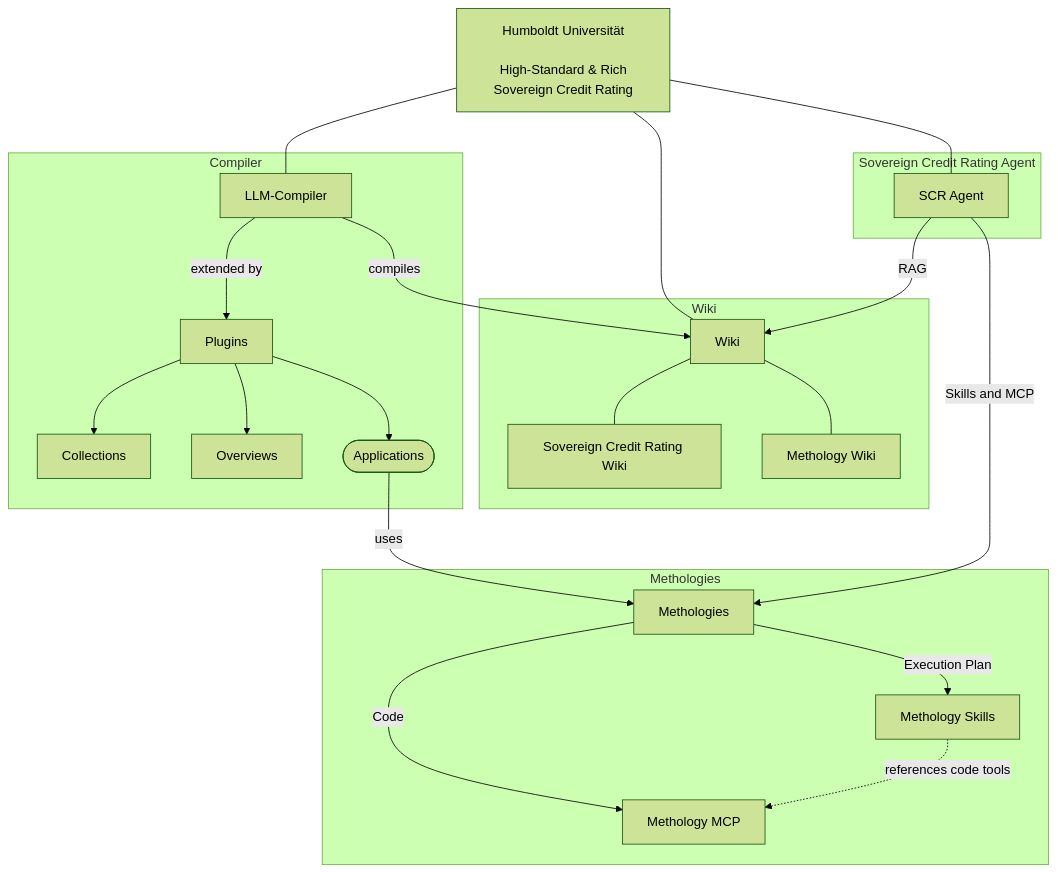
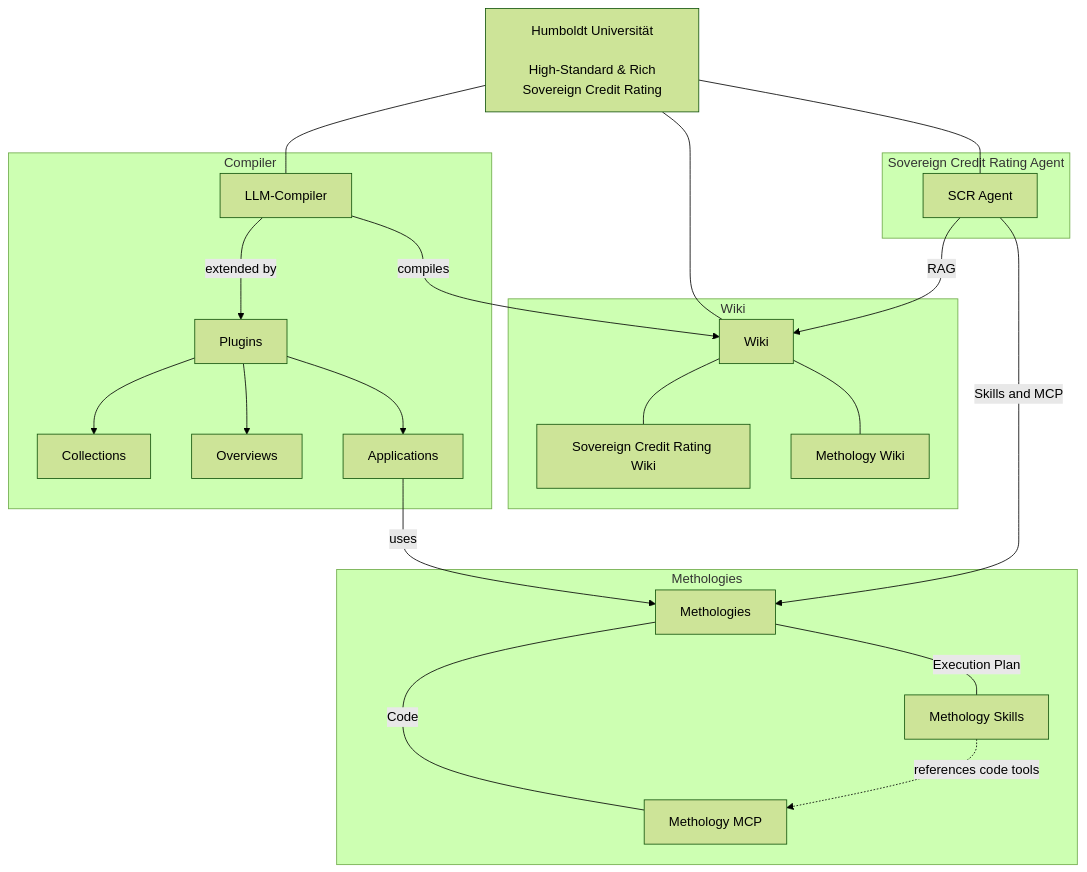
Before and after one commit to pkcpkc/sovereign-credit-rating: the diagram in README.md, drawn with Mermaid (forest theme). The commit also changed other lines of this file and 1071 other files, not shown here.

````diff
--- a/README.md
+++ b/README.md
@@ -5,48 +5,48 @@
 ```mermaid
 flowchart TD
     HSR[Humboldt Universität\n\n High-Standard & Rich Sovereign Credit Rating]
 
     C[LLM-Compiler]
     P[Plugins]
     PC[Collections]
     PO[Overviews]
-    PA([Applications])
+    PA[Applications]
 
     W[Wiki]
 
     A[SCR Agent]
 
     M[Methologies]
     MS[Methology Skills]
     MC[Methology MCP]
 
 
     HSR --- C
     HSR --- W
     HSR --- A
 
     subgraph Wiki
         W --- SCRW[Sovereign Credit Rating Wiki]
         W --- MW[Methology Wiki]
     end
 
     subgraph Methologies
-        M-- Execution Plan -->MS
-        M-- Code -->MC
+        M-- Execution Plan ---MS
+        M-- Code ---MC
         MS-. references code tools .->MC
     end
 
     subgraph Compiler
         C-- extended by -->P
         P-->PC
         P-->PO
         P-->PA
         PA-- uses -->M
         C-- compiles -->W
     end
 
     subgraph Sovereign Credit Rating Agent
         A-- RAG-->W
         A-- Skills and MCP -->M
     end
 ```
````
